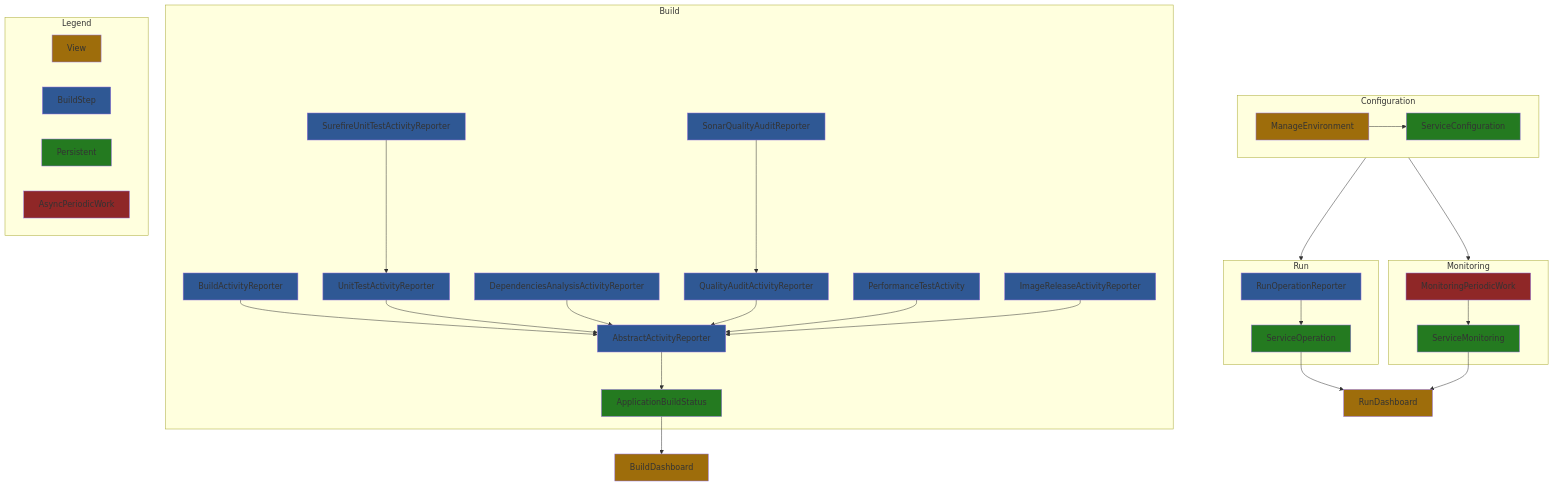
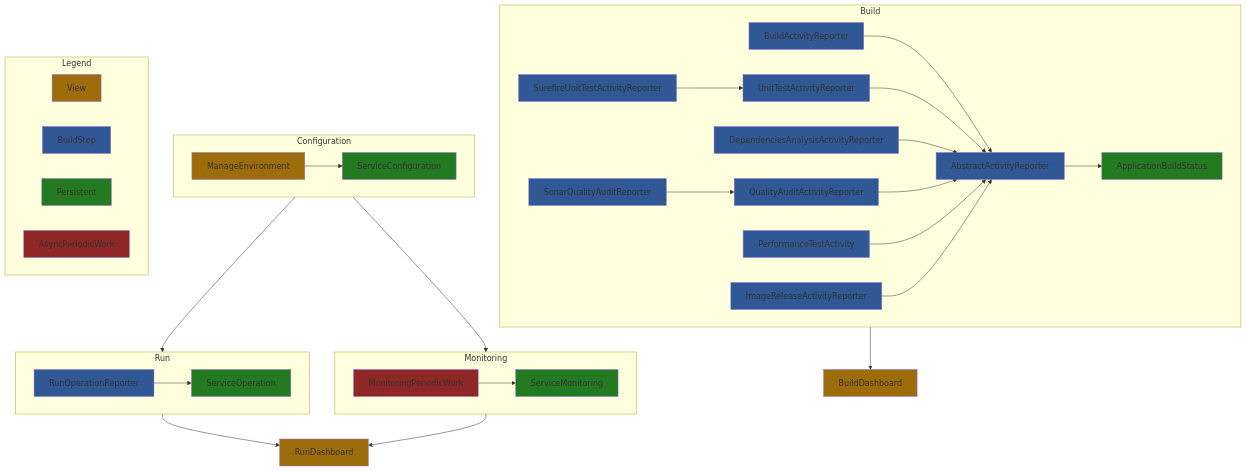
The diagram in README.md (jenkinsci/devops-portal-plugin), drawn with Mermaid before and after one commit.

````diff
--- a/README.md
+++ b/README.md
@@ -376,44 +376,44 @@
 ```mermaid
 flowchart TB
     subgraph Configuration
     ManageEnvironment:::view --> ServiceConfiguration:::entity
     end
     
     subgraph Run
     RunOperationReporter:::reporter --> ServiceOperation:::entity
     end
     
     subgraph Monitoring
     MonitoringPeriodicWork:::worker --> ServiceMonitoring:::entity
     end
     
     subgraph Build
     BuildActivityReporter:::reporter --> AbstractActivityReporter:::reporter
     UnitTestActivityReporter:::reporter --> AbstractActivityReporter:::reporter
     SurefireUnitTestActivityReporter:::reporter --> UnitTestActivityReporter:::reporter
     DependenciesAnalysisActivityReporter:::reporter --> AbstractActivityReporter:::reporter
     QualityAuditActivityReporter:::reporter --> AbstractActivityReporter:::reporter
     SonarQualityAuditReporter:::reporter --> QualityAuditActivityReporter:::reporter
     PerformanceTestActivity:::reporter --> AbstractActivityReporter:::reporter
     ImageReleaseActivityReporter:::reporter --> AbstractActivityReporter:::reporter
     AbstractActivityReporter:::reporter --> ApplicationBuildStatus:::entity
     end
     
     subgraph Legend
     View:::view
     BuildStep:::reporter
     Persistent:::entity
     AsyncPeriodicWork:::worker
     end
     
     Configuration --> Run
     Configuration --> Monitoring
-    ServiceOperation:::entity --> RunDashboard:::view
-    ServiceMonitoring:::entity --> RunDashboard:::view
-    ApplicationBuildStatus:::entity --> BuildDashboard:::view
+    Run --> RunDashboard:::view
+    Monitoring --> RunDashboard:::view
+    Build --> BuildDashboard:::view
     
     classDef view fill:#9e6d0b
     classDef reporter fill:#2f5894
     classDef entity fill:#247a20
     classDef worker fill:#8f2727
 ```
````
